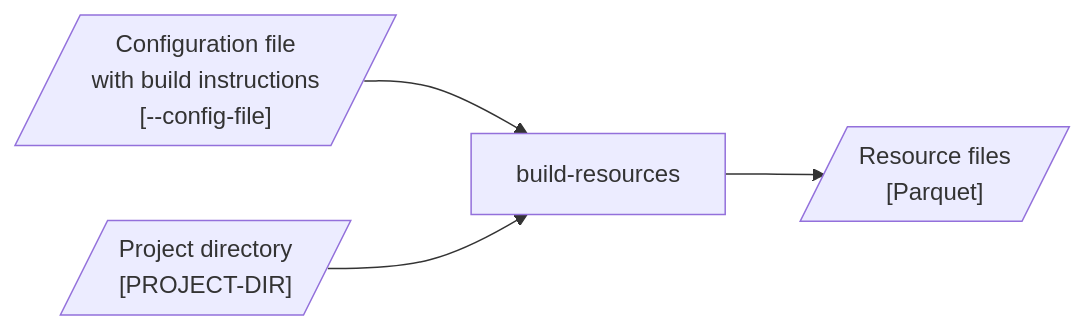
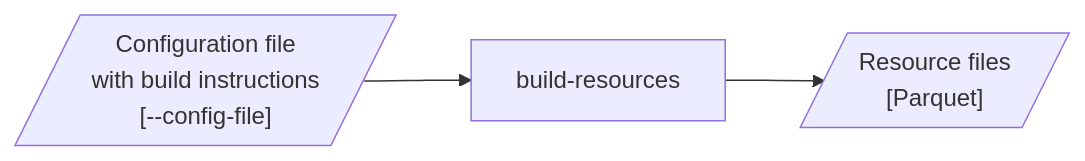
Before and after one commit to seedcase-project/seedcase-sprout: the third of 3 diagrams in docs/design/interface/cli.qmd, drawn with Mermaid. The commit also changed other lines of this file, not shown here.

Commit message:
docs: 🏗️ remove `project-dir` arg from `build-resource`

````diff
--- a/docs/design/interface/cli.qmd
+++ b/docs/design/interface/cli.qmd
@@ -172,18 +180,16 @@
 ```{mermaid}
 %%| label: fig-cli-build-resources-flow
 %%| fig-cap: "The flow of input and output through the CLI `build-resources` command."
 %%| fig-alt: >-
 %%|   Diagram showing the flow of input and output through the CLI
-%%|   `build-resources` command. The user optionally provides the path to the
-%%|   project directory (that is the data package root) and the path to the
-%%|   config file that describes how to build the staging files into resources.
+%%|   `build-resources` command. The user optionally path to the config file
+%%|   that describes how to build the staging files into resources.
 
 flowchart LR
     config_file[/"Configuration file<br>with build instructions<br>[--config-file]"/]
-    project_dir[/"Project directory<br>[PROJECT-DIR]"/]
     build_resources["build-resources"]
     output[/"Resource files<br>[Parquet]"/]
 
-    config_file & project_dir --> build_resources
+    config_file --> build_resources
     build_resources --> output
 ```
````
